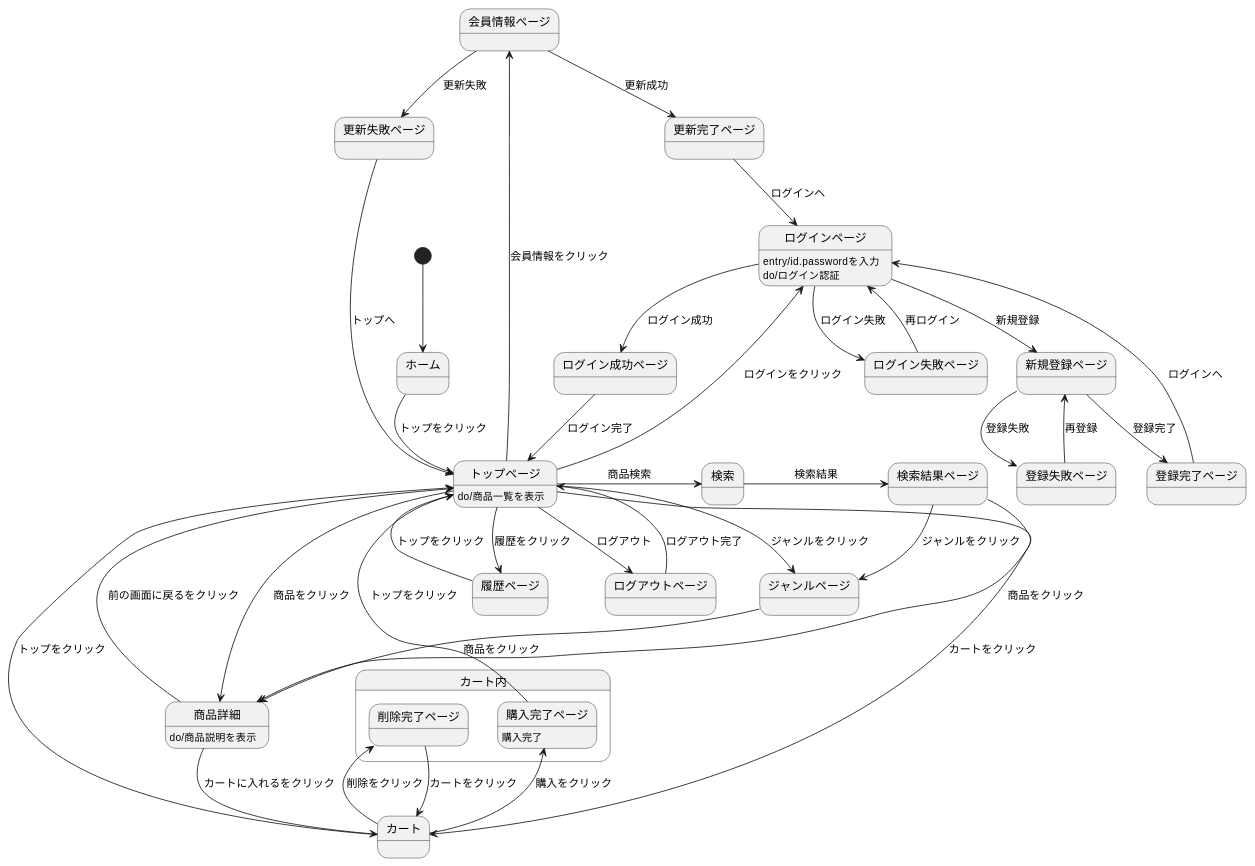
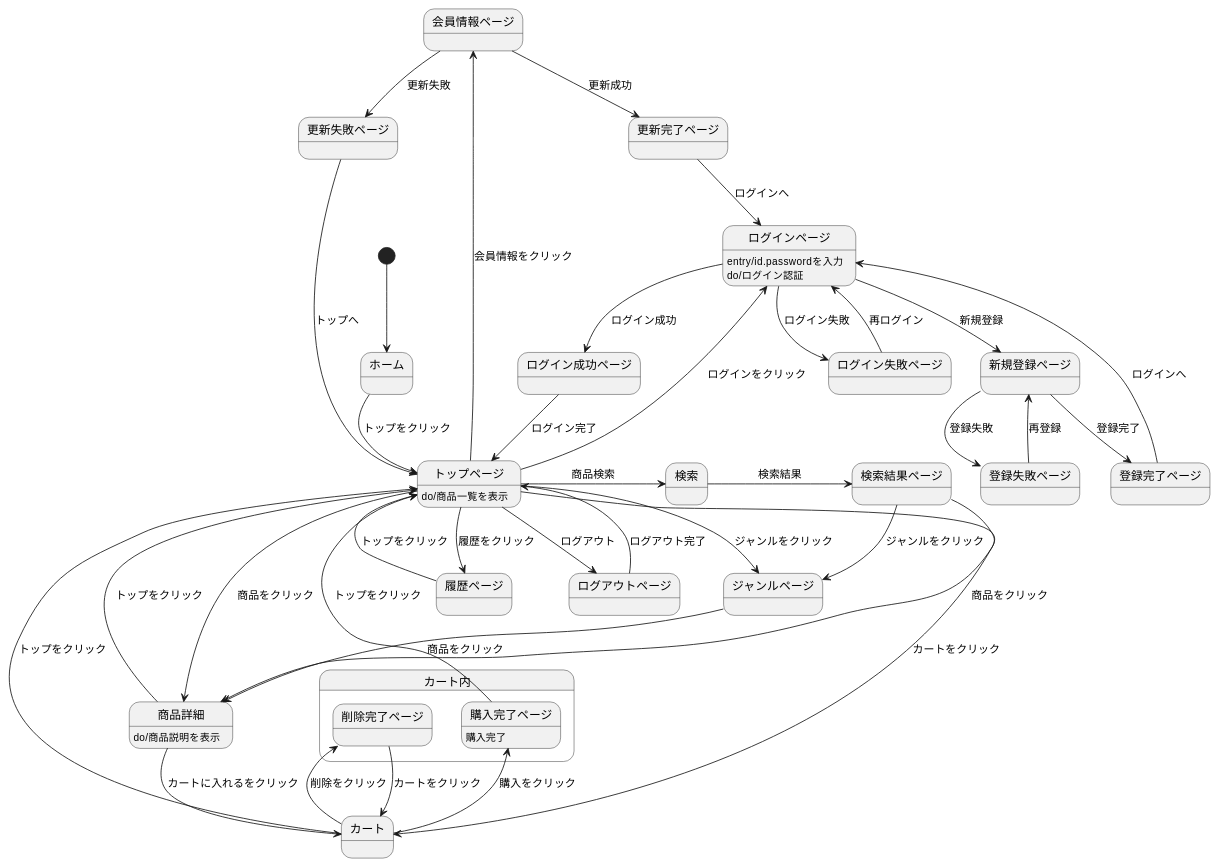
The diagram in stationary/画面詳細表/screen_detail.md (Aso2001154/2021sys-design), drawn with PlantUML before and after one commit.

````diff
--- a/stationary/画面詳細表/screen_detail.md
+++ b/stationary/画面詳細表/screen_detail.md
@@ -1,57 +1,57 @@
 ```uml
 @startuml
 [*] --> ホーム
 ホーム --> トップページ : トップをクリック
 トップページ : do/商品一覧を表示
 
 トップページ -left-> ログインページ : ログインをクリック
 ログインページ : entry/id.passwordを入力
 ログインページ : do/ログイン認証
 ログインページ --> ログイン成功ページ : ログイン成功
 ログイン成功ページ --> トップページ : ログイン完了
 ログインページ --> ログイン失敗ページ : ログイン失敗
 ログイン失敗ページ -left-> ログインページ : 再ログイン
 
 ログインページ --> 新規登録ページ : 新規登録
 新規登録ページ --> 登録完了ページ : 登録完了
 登録完了ページ --> ログインページ : ログインへ
 新規登録ページ --> 登録失敗ページ : 登録失敗
 登録失敗ページ --> 新規登録ページ : 再登録
 
 トップページ -> 検索 : 商品検索
 検索 -> 検索結果ページ : 検索結果
 検索結果ページ --> ジャンルページ : ジャンルをクリック
 検索結果ページ --> 商品詳細 : 商品をクリック
 
 トップページ -> 商品詳細 : 商品をクリック
 トップページ --> カート : カートをクリック
 
 トップページ --> ログアウトページ : ログアウト
 ログアウトページ --> トップページ : ログアウト完了
 
 トップページ --> 履歴ページ : 履歴をクリック
 履歴ページ --> トップページ : トップをクリック
 
 トップページ -left-> 会員情報ページ : 会員情報をクリック
 会員情報ページ --> 更新完了ページ : 更新成功
 更新完了ページ --> ログインページ : ログインへ
 会員情報ページ --> 更新失敗ページ : 更新失敗
 更新失敗ページ --> トップページ : トップへ
 
 トップページ --> ジャンルページ :  ジャンルをクリック
 ジャンルページ --> 商品詳細 : 商品をクリック
 
 商品詳細 --> カート : カートに入れるをクリック
-商品詳細 --> トップページ : 前の画面に戻るをクリック
+商品詳細 --> トップページ : トップをクリック
 商品詳細 : do/商品説明を表示
 カート -up-> トップページ : トップをクリック
 
 state カート内{
 カート -> 購入完了ページ : 購入をクリック
 カート -left> 削除完了ページ : 削除をクリック
 削除完了ページ --> カート : カートをクリック
 購入完了ページ -> トップページ : トップをクリック
 購入完了ページ : 購入完了
 }
 @enduml
 ```
````
